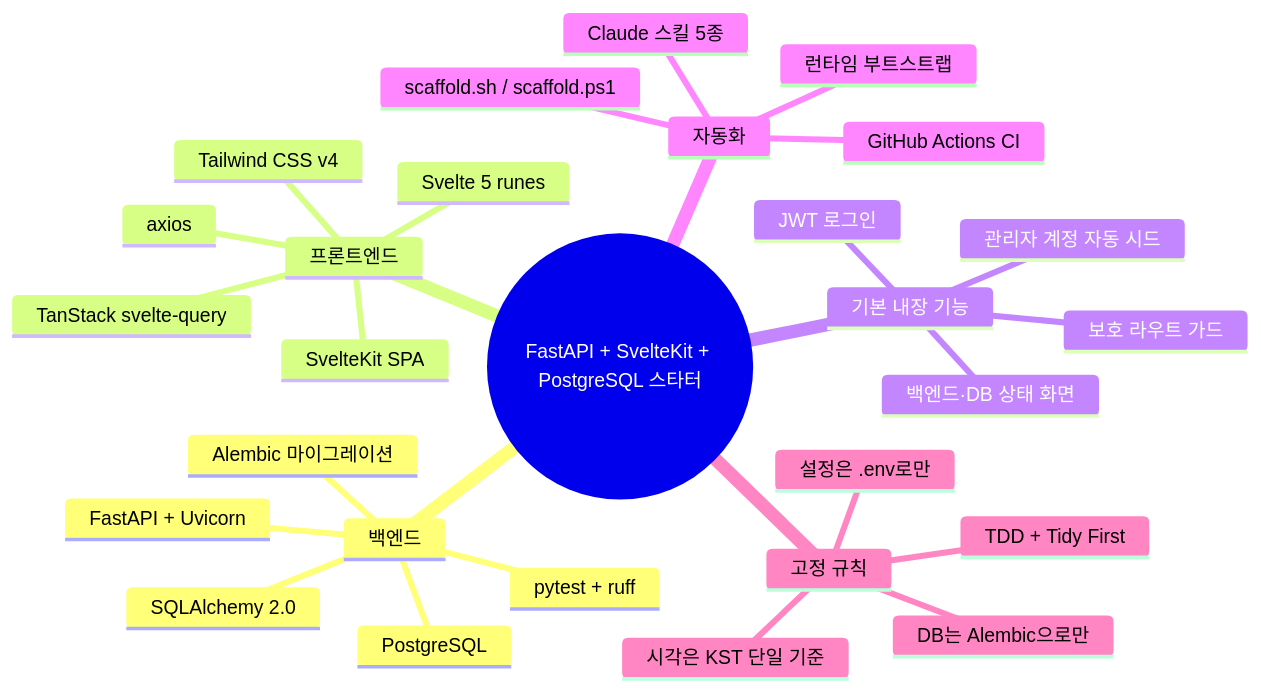
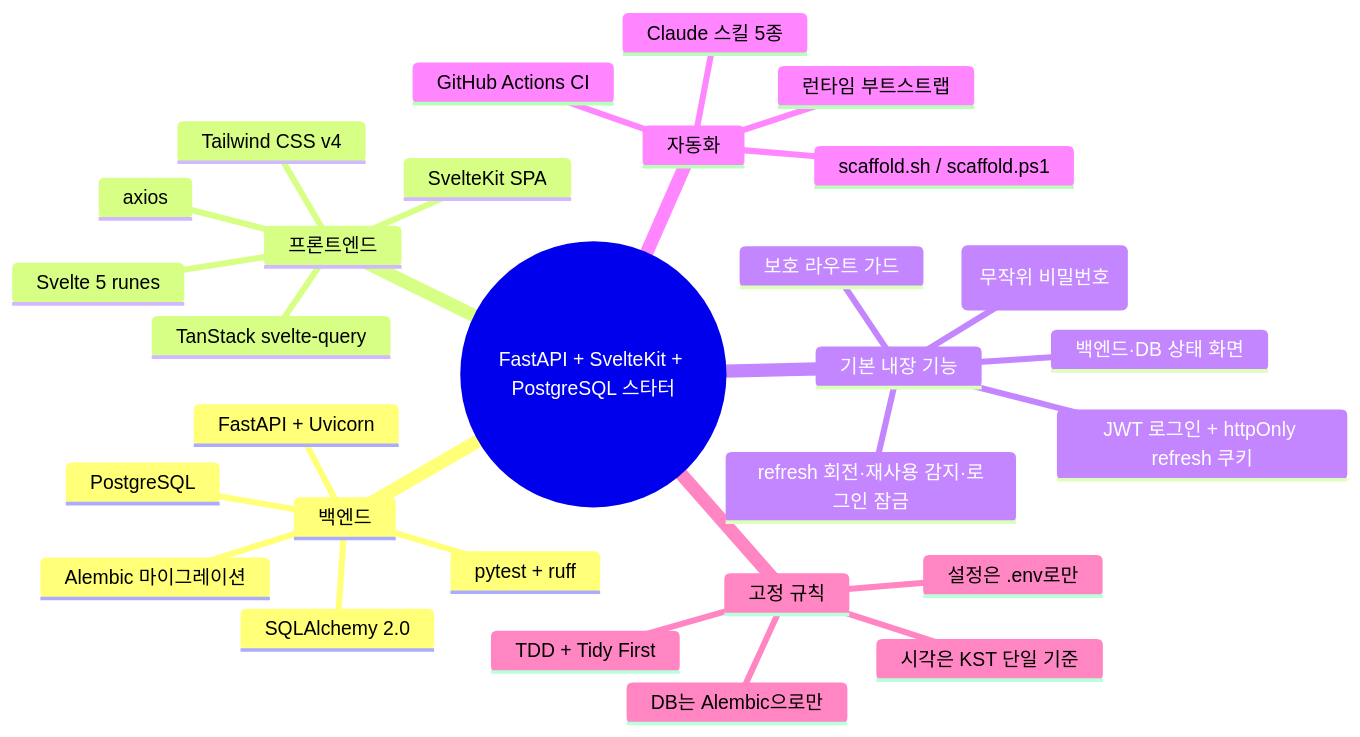
One commit to al8bright/fastapi-svelte-pg-starter changed the first of 4 diagrams in README.md. Above: the diagram before and after it, drawn with Mermaid. The commit also changed other lines of this file and 55 other files, not shown here.

````diff
--- a/README.md
+++ b/README.md
@@ -29,31 +29,32 @@
 ```mermaid
 mindmap
   root((FastAPI + SvelteKit + PostgreSQL 스타터))
     백엔드
       FastAPI + Uvicorn
       SQLAlchemy 2.0
       Alembic 마이그레이션
       pytest + ruff
       PostgreSQL
     프론트엔드
       SvelteKit SPA
       Svelte 5 runes
       TanStack svelte-query
       axios
       Tailwind CSS v4
     기본 내장 기능
-      JWT 로그인
-      관리자 계정 자동 시드
+      JWT 로그인 + httpOnly refresh 쿠키
+      refresh 회전·재사용 감지·로그인 잠금
+      관리자 계정 자동 시드(무작위 비밀번호)
       보호 라우트 가드
       백엔드·DB 상태 화면
     자동화
       scaffold.sh / scaffold.ps1
       런타임 부트스트랩
       GitHub Actions CI
       Claude 스킬 5종
     고정 규칙
       DB는 Alembic으로만
       설정은 .env로만
       시각은 KST 단일 기준
       TDD + Tidy First
 ```
````
